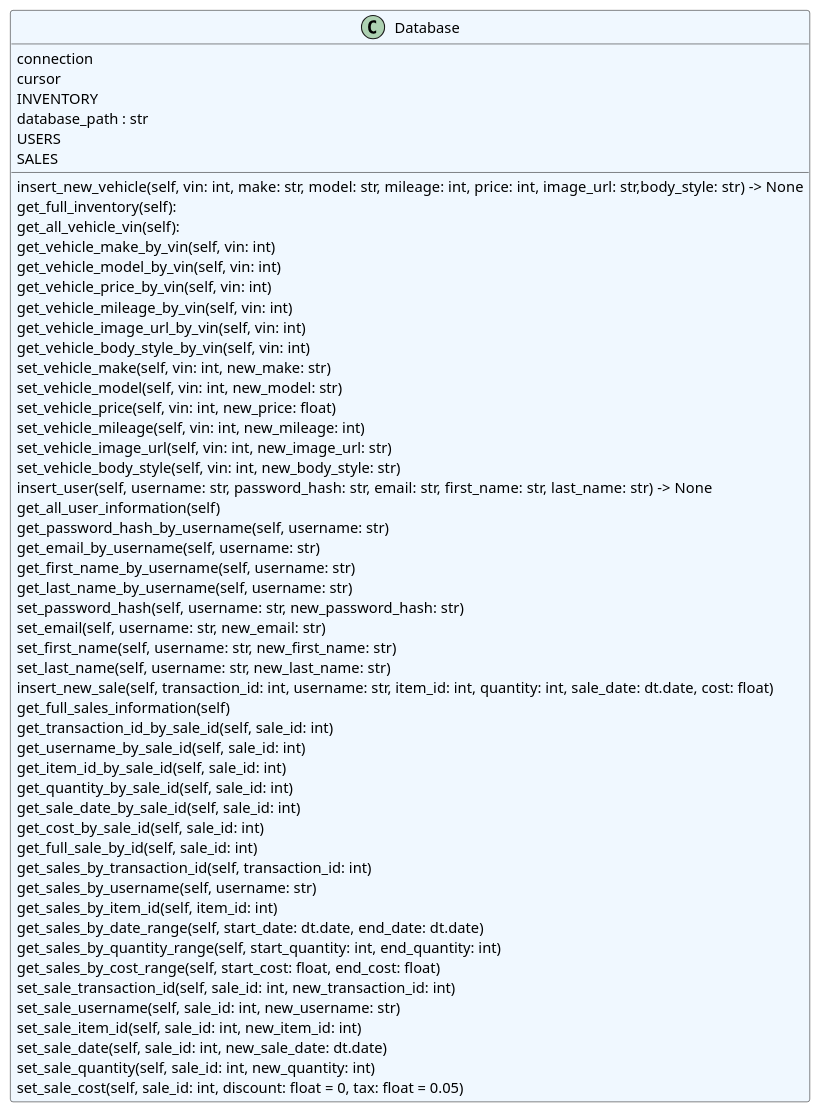
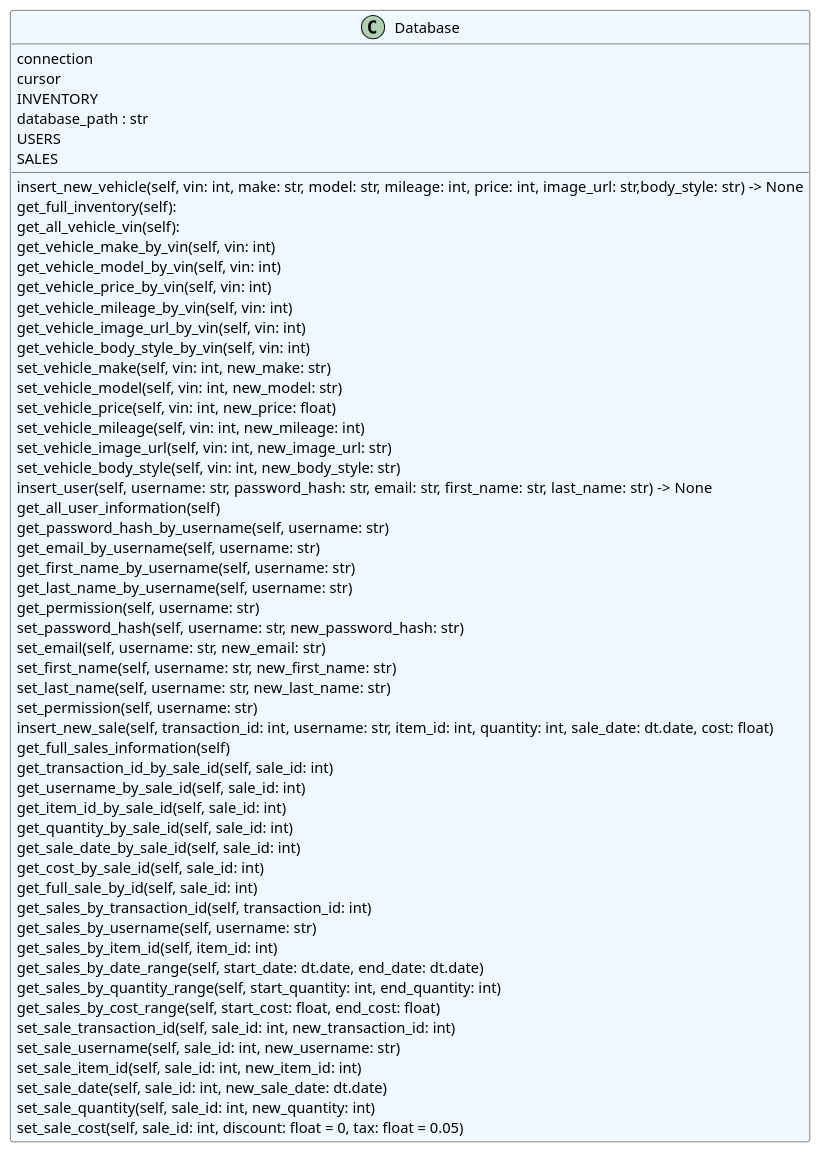
One commit to Clackroe/GroupProj-3135 changed the diagram in onlineStoreTemplate-main/database/classes.puml. Above: the diagram before and after it, drawn with PlantUML.

Commit message:
added permissions to db

```diff
--- a/onlineStoreTemplate-main/database/classes.puml
+++ b/onlineStoreTemplate-main/database/classes.puml
@@ -1,57 +1,59 @@
 @startuml classes
 set namespaceSeparator none
 class "Database" as database.db.Database #aliceblue {
   connection
   cursor
   INVENTORY
   database_path : str
   insert_new_vehicle(self, vin: int, make: str, model: str, mileage: int, price: int, image_url: str,body_style: str) -> None
   get_full_inventory(self):
   get_all_vehicle_vin(self):
   get_vehicle_make_by_vin(self, vin: int)
   get_vehicle_model_by_vin(self, vin: int)
   get_vehicle_price_by_vin(self, vin: int)
   get_vehicle_mileage_by_vin(self, vin: int)
   get_vehicle_image_url_by_vin(self, vin: int)
   get_vehicle_body_style_by_vin(self, vin: int)
   set_vehicle_make(self, vin: int, new_make: str)
   set_vehicle_model(self, vin: int, new_model: str)
   set_vehicle_price(self, vin: int, new_price: float) 
   set_vehicle_mileage(self, vin: int, new_mileage: int)
   set_vehicle_image_url(self, vin: int, new_image_url: str)
   set_vehicle_body_style(self, vin: int, new_body_style: str)
   USERS
   insert_user(self, username: str, password_hash: str, email: str, first_name: str, last_name: str) -> None
   get_all_user_information(self)
   get_password_hash_by_username(self, username: str)
   get_email_by_username(self, username: str)
   get_first_name_by_username(self, username: str)
   get_last_name_by_username(self, username: str)
+  get_permission(self, username: str)
   set_password_hash(self, username: str, new_password_hash: str)
   set_email(self, username: str, new_email: str)
   set_first_name(self, username: str, new_first_name: str)
   set_last_name(self, username: str, new_last_name: str)
+  set_permission(self, username: str)
   SALES
   insert_new_sale(self, transaction_id: int, username: str, item_id: int, quantity: int, sale_date: dt.date, cost: float)
   get_full_sales_information(self)
   get_transaction_id_by_sale_id(self, sale_id: int)
   get_username_by_sale_id(self, sale_id: int)
   get_item_id_by_sale_id(self, sale_id: int)
   get_quantity_by_sale_id(self, sale_id: int)
   get_sale_date_by_sale_id(self, sale_id: int)
   get_cost_by_sale_id(self, sale_id: int)
   get_full_sale_by_id(self, sale_id: int)
   get_sales_by_transaction_id(self, transaction_id: int)
   get_sales_by_username(self, username: str)
   get_sales_by_item_id(self, item_id: int)
   get_sales_by_date_range(self, start_date: dt.date, end_date: dt.date)
   get_sales_by_quantity_range(self, start_quantity: int, end_quantity: int)
   get_sales_by_cost_range(self, start_cost: float, end_cost: float)
   set_sale_transaction_id(self, sale_id: int, new_transaction_id: int)
   set_sale_username(self, sale_id: int, new_username: str)
   set_sale_item_id(self, sale_id: int, new_item_id: int)
   set_sale_date(self, sale_id: int, new_sale_date: dt.date)
   set_sale_quantity(self, sale_id: int, new_quantity: int)
   set_sale_cost(self, sale_id: int, discount: float = 0, tax: float = 0.05)
 }
 @enduml
```
